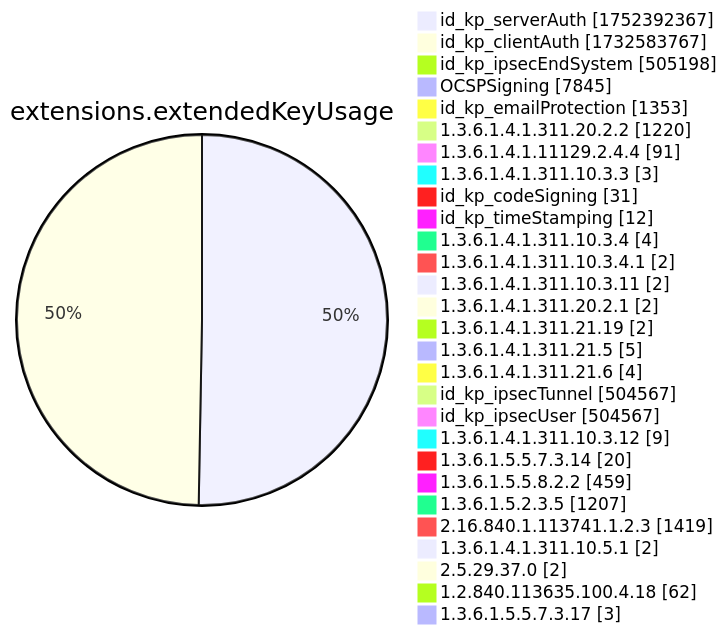
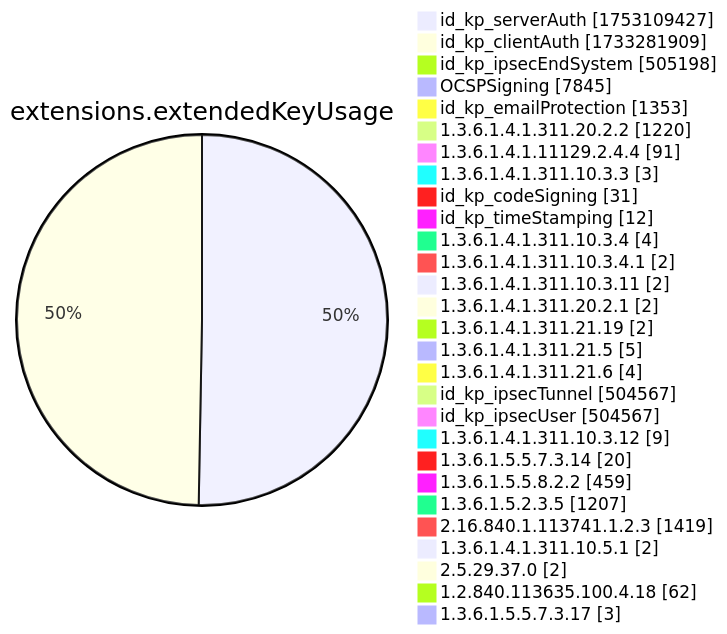
Diagram 12 of 15 in xenon2022/README.md (christiankrug/ctmonitor_visualization), drawn with Mermaid before and after one commit. The commit also changed other lines of this file, not shown here.

````diff
--- a/xenon2022/README.md
+++ b/xenon2022/README.md
@@ -3892,32 +3892,32 @@
 ```mermaid
 pie showData
 title extensions.extendedKeyUsage
-"id_kp_serverAuth" :1752392367
-"id_kp_clientAuth" :1732583767
+"id_kp_serverAuth" :1753109427
+"id_kp_clientAuth" :1733281909
 "id_kp_ipsecEndSystem" :505198
 "OCSPSigning" :7845
 "id_kp_emailProtection" :1353
 "1.3.6.1.4.1.311.20.2.2" :1220
 "1.3.6.1.4.1.11129.2.4.4" :91
 "1.3.6.1.4.1.311.10.3.3" :3
 "id_kp_codeSigning" :31
 "id_kp_timeStamping" :12
 "1.3.6.1.4.1.311.10.3.4" :4
 "1.3.6.1.4.1.311.10.3.4.1" :2
 "1.3.6.1.4.1.311.10.3.11" :2
 "1.3.6.1.4.1.311.20.2.1" :2
 "1.3.6.1.4.1.311.21.19" :2
 "1.3.6.1.4.1.311.21.5" :5
 "1.3.6.1.4.1.311.21.6" :4
 "id_kp_ipsecTunnel" :504567
 "id_kp_ipsecUser" :504567
 "1.3.6.1.4.1.311.10.3.12" :9
 "1.3.6.1.5.5.7.3.14" :20
 "1.3.6.1.5.5.8.2.2" :459
 "1.3.6.1.5.2.3.5" :1207
 "2.16.840.1.113741.1.2.3" :1419
 "1.3.6.1.4.1.311.10.5.1" :2
 "2.5.29.37.0" :2
 "1.2.840.113635.100.4.18" :62
 "1.3.6.1.5.5.7.3.17" :3
 ```
````
